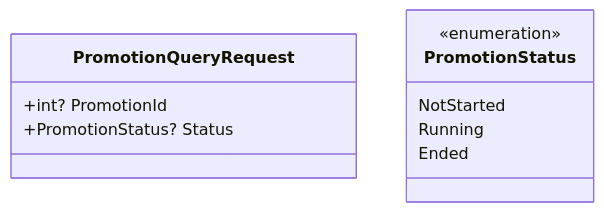
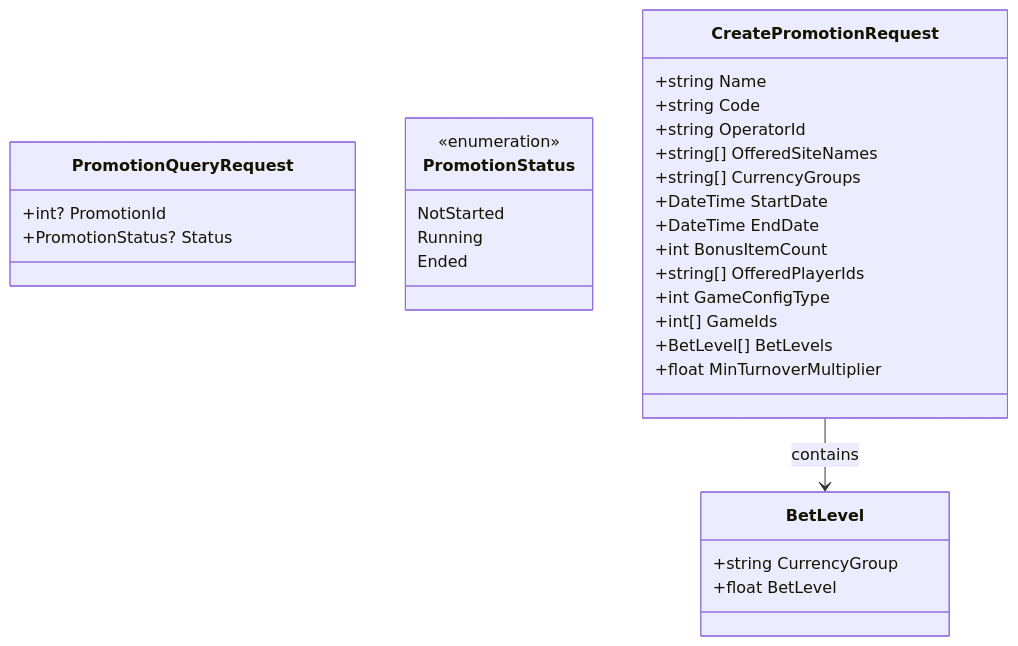
One commit to starixvn/l1_backend-services_game-promotion-api changed the second of 3 diagrams in diagrams/api-endpoints/PromotionAPI.md. Above: the diagram before and after it, drawn with Mermaid. The commit also changed other lines of this file and 3 other files, not shown here.

Commit message:
doc: add MinTurnoverMultiplier requirement

````diff
--- a/diagrams/api-endpoints/PromotionAPI.md
+++ b/diagrams/api-endpoints/PromotionAPI.md
@@ -42,14 +70,37 @@
 ```mermaid
 classDiagram
     class PromotionQueryRequest {
         +int? PromotionId
         +PromotionStatus? Status
     }
 
     class PromotionStatus {
         <<enumeration>>
         NotStarted
         Running
         Ended
     }
+
+    class CreatePromotionRequest {
+        +string Name
+        +string Code
+        +string OperatorId
+        +string[] OfferedSiteNames
+        +string[] CurrencyGroups
+        +DateTime StartDate
+        +DateTime EndDate
+        +int BonusItemCount
+        +string[] OfferedPlayerIds
+        +int GameConfigType
+        +int[] GameIds
+        +BetLevel[] BetLevels
+        +float MinTurnoverMultiplier
+    }
+
+    class BetLevel {
+        +string CurrencyGroup
+        +float BetLevel
+    }
+
+    CreatePromotionRequest --> BetLevel : contains
 ```
````
